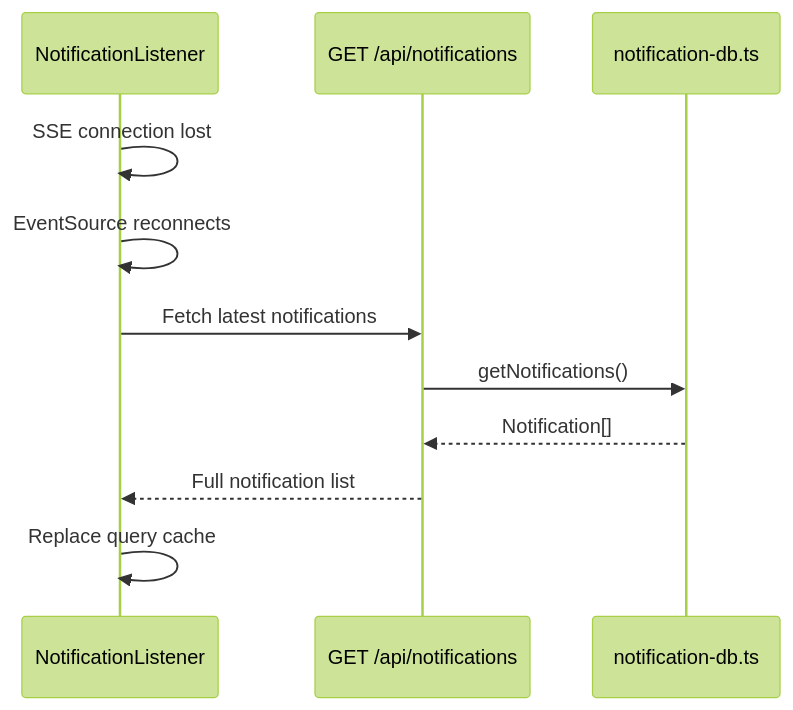
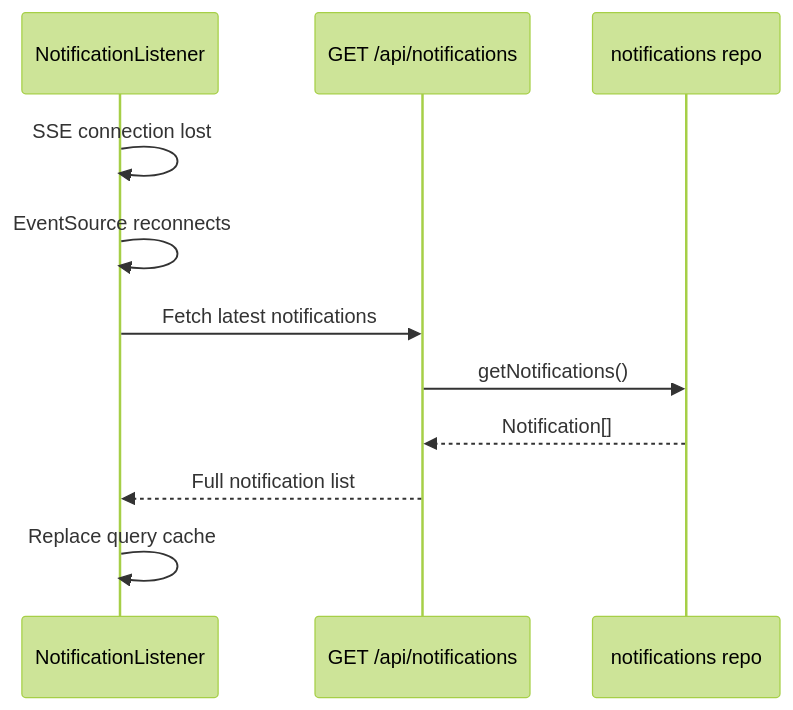
The fourth of 6 diagrams in .kiro/specs/notifications/design.md (amhuppert/remote-ai-manager), drawn with Mermaid (forest theme) before and after one commit. The commit also changed other lines of this file and 34 other files, not shown here.

````diff
--- a/.kiro/specs/notifications/design.md
+++ b/.kiro/specs/notifications/design.md
@@ -123,14 +176,14 @@
 ```mermaid
 sequenceDiagram
     participant Client as NotificationListener
     participant API as GET /api/notifications
-    participant NDB as notification-db.ts
+    participant NDB as notifications repo
 
     Client->>Client: SSE connection lost
     Client->>Client: EventSource reconnects
     Client->>API: Fetch latest notifications
     API->>NDB: getNotifications()
     NDB-->>API: Notification[]
     API-->>Client: Full notification list
     Client->>Client: Replace query cache
 ```
````
